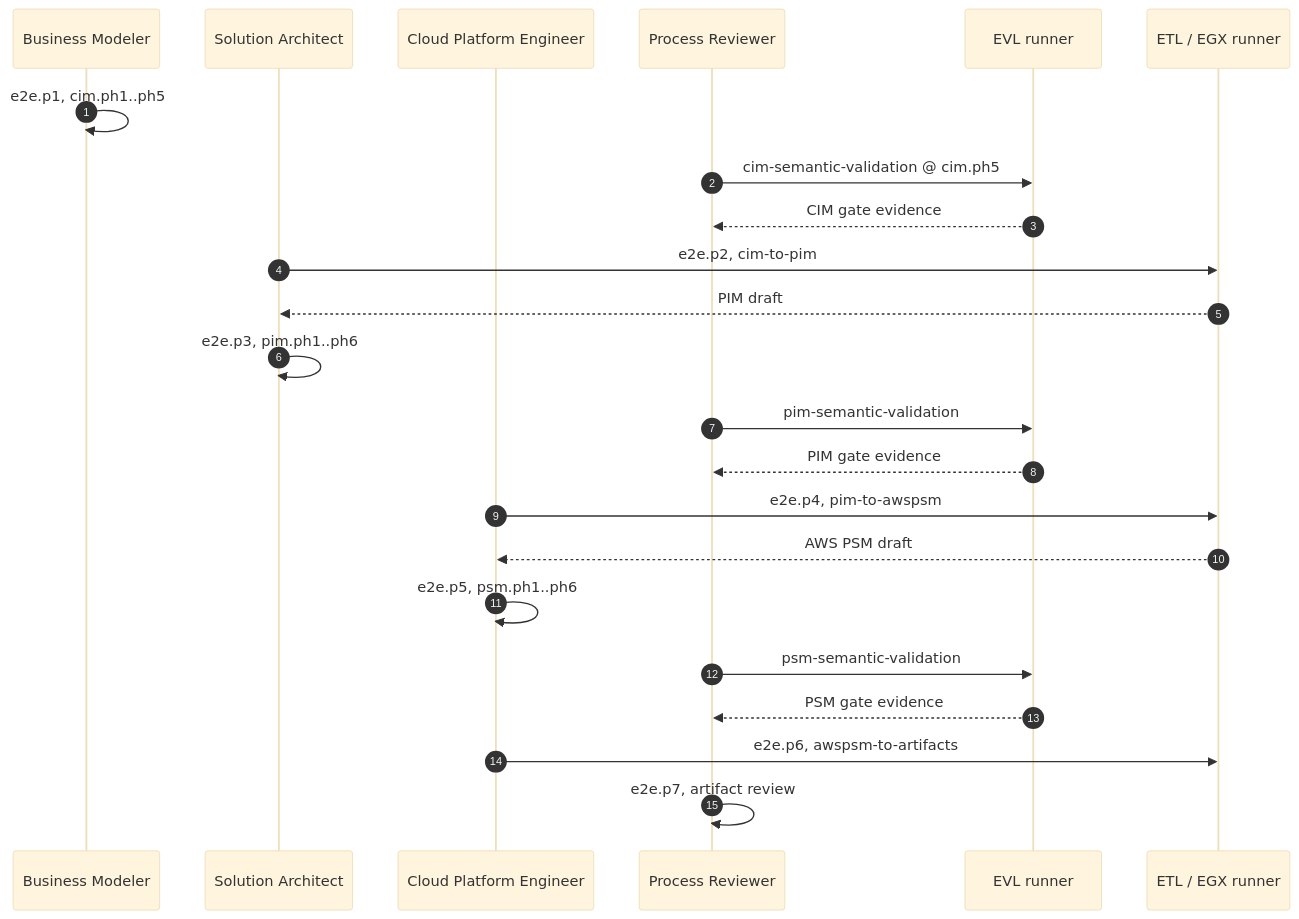
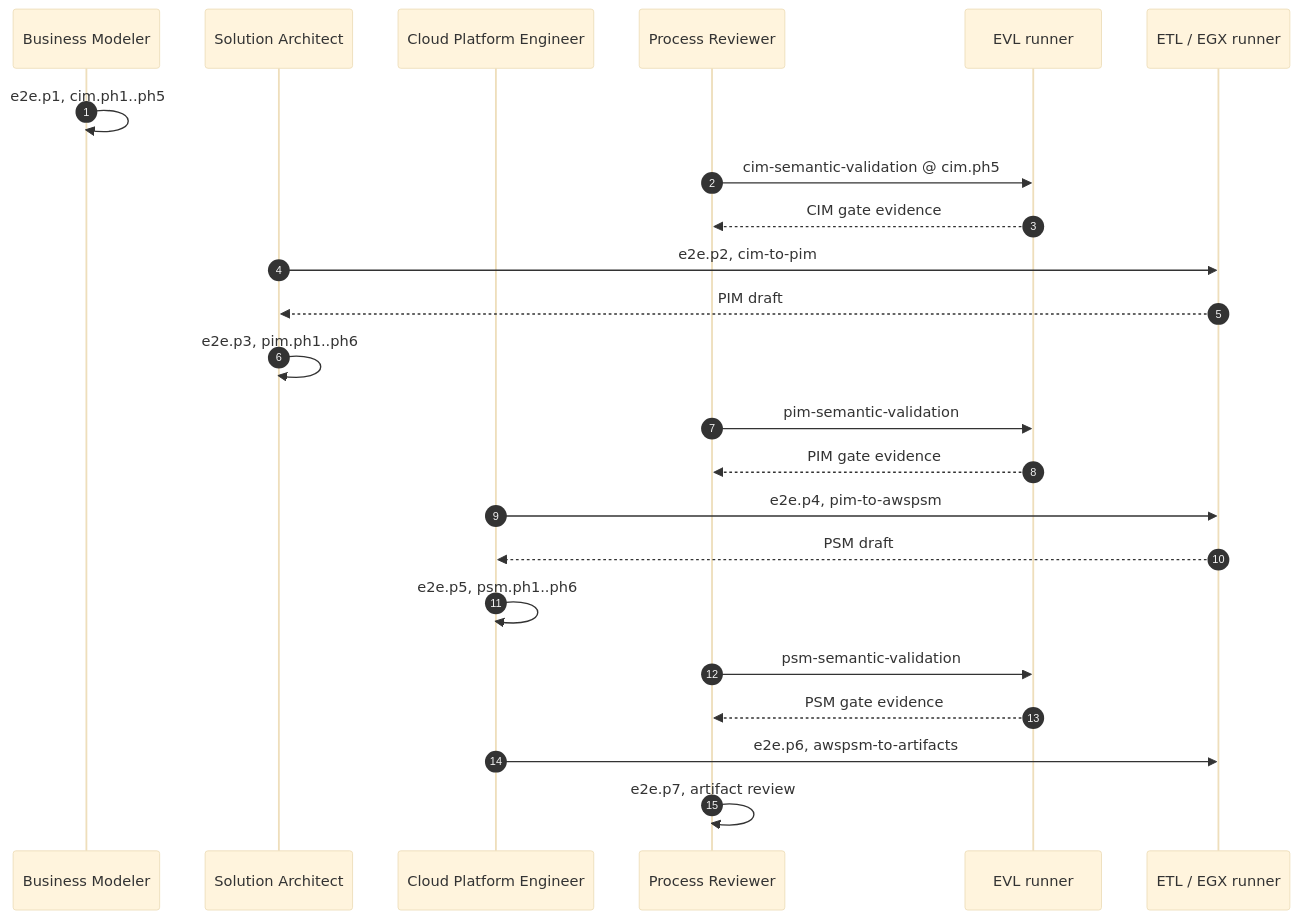
Before and after one commit to mehdieidi/modriss: the third of 3 diagrams in docs/diagrams/27-end-to-end-methodology.md, drawn with Mermaid (base theme). The commit also changed other lines of this file and 193 other files, not shown here.

Commit message:
docs: change aws psm to psm

````diff
--- a/docs/diagrams/27-end-to-end-methodology.md
+++ b/docs/diagrams/27-end-to-end-methodology.md
@@ -78,29 +78,29 @@
 ```mermaid
 sequenceDiagram
     autonumber
     participant BM as Business Modeler
     participant SA as Solution Architect
     participant CPE as Cloud Platform Engineer
     participant PR as Process Reviewer
     participant EVL as EVL runner
     participant ETL as ETL / EGX runner
 
     BM->>BM: e2e.p1, cim.ph1..ph5
     PR->>EVL: cim-semantic-validation @ cim.ph5
     EVL-->>PR: CIM gate evidence
 
     SA->>ETL: e2e.p2, cim-to-pim
     ETL-->>SA: PIM draft
     SA->>SA: e2e.p3, pim.ph1..ph6
     PR->>EVL: pim-semantic-validation
     EVL-->>PR: PIM gate evidence
 
     CPE->>ETL: e2e.p4, pim-to-awspsm
-    ETL-->>CPE: AWS PSM draft
+    ETL-->>CPE: PSM draft
     CPE->>CPE: e2e.p5, psm.ph1..ph6
     PR->>EVL: psm-semantic-validation
     EVL-->>PR: PSM gate evidence
 
     CPE->>ETL: e2e.p6, awspsm-to-artifacts
     PR->>PR: e2e.p7, artifact review
 ```
````
